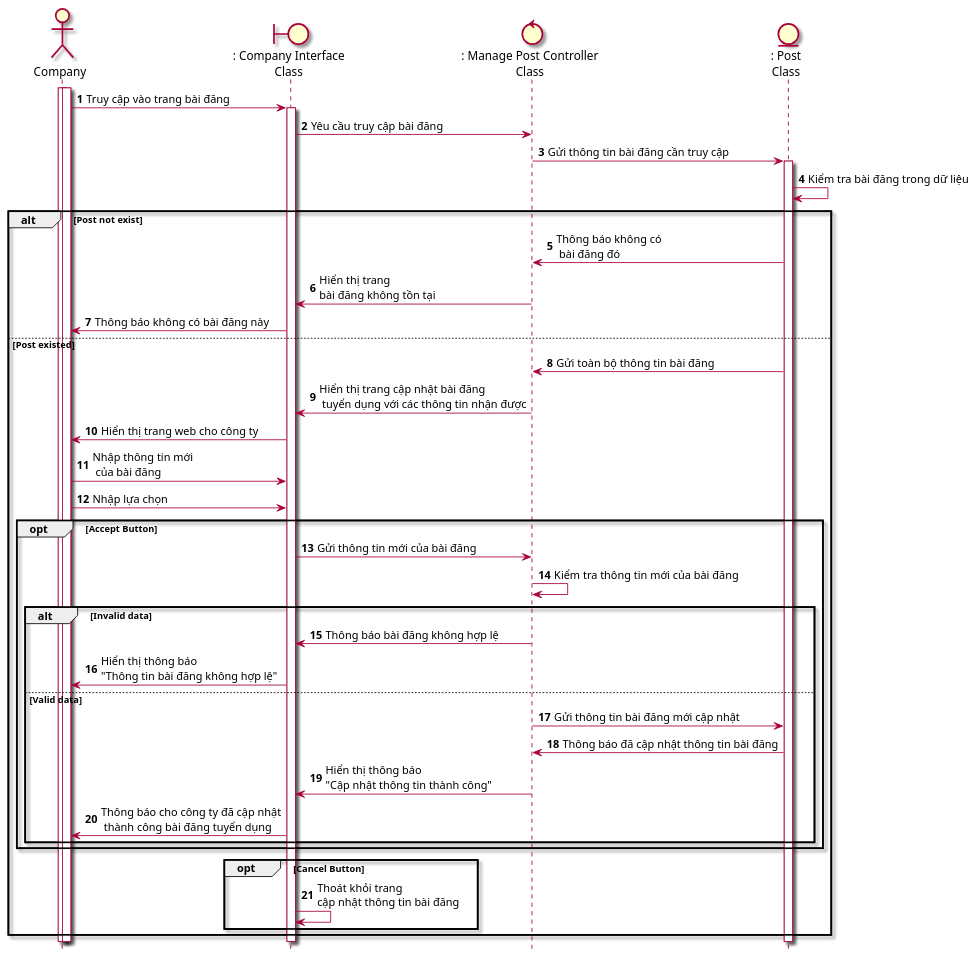
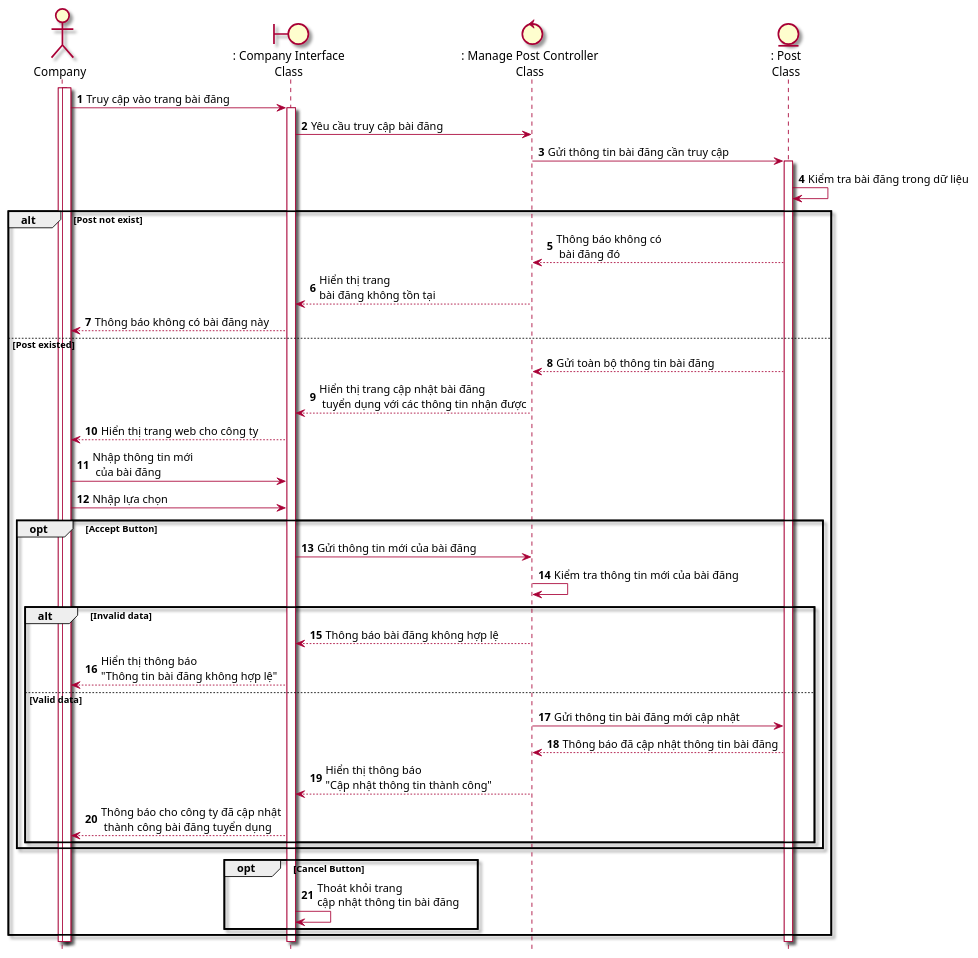
Before and after one commit to Griselda4774/EAS-EmploymentAssistanceSystem: the diagram in Lab1/Lab 1.2 Diagram/Sequence/FilePUML/2.3 SeqCapNhatBaiDangCongTy.puml, drawn with PlantUML. The commit also changed 40 other files, not shown here.

Commit message:
Change Sequence diagram

```diff
--- a/Lab1/Lab 1.2 Diagram/Sequence/FilePUML/2.3 SeqCapNhatBaiDangCongTy.puml
+++ b/Lab1/Lab 1.2 Diagram/Sequence/FilePUML/2.3 SeqCapNhatBaiDangCongTy.puml
@@ -1,44 +1,44 @@
 @startuml SeqCapNhatBaiDang
 skin rose
 hide footbox
 
 actor company as "Company"
 boundary companyInterface as ": Company Interface\nClass"
 entity Post as ": Post\nClass"
 company++
 control postController as ": Manage Post Controller\nClass"
 entity Post as ": Post\nClass"
 autonumber 
 company++
 company -> companyInterface++: Truy cập vào trang bài đăng
 companyInterface-> postController: Yêu cầu truy cập bài đăng
 postController -> Post++:Gửi thông tin bài đăng cần truy cập
 Post -> Post: Kiểm tra bài đăng trong dữ liệu
 alt Post not exist
-    Post-> postController: Thông báo không có\n bài đăng đó
-    postController -> companyInterface: Hiển thị trang \nbài đăng không tồn tại 
-    companyInterface -> company: Thông báo không có bài đăng này
+    Post--> postController: Thông báo không có\n bài đăng đó
+    postController --> companyInterface: Hiển thị trang \nbài đăng không tồn tại 
+    companyInterface --> company: Thông báo không có bài đăng này
 else Post existed
-    Post-> postController: Gửi toàn bộ thông tin bài đăng
-    postController -> companyInterface: Hiển thị trang cập nhật bài đăng\n tuyển dụng với các thông tin nhận được
-    companyInterface -> company: Hiển thị trang web cho công ty
+    Post--> postController: Gửi toàn bộ thông tin bài đăng
+    postController --> companyInterface: Hiển thị trang cập nhật bài đăng\n tuyển dụng với các thông tin nhận được
+    companyInterface --> company: Hiển thị trang web cho công ty
     company-> companyInterface: Nhập thông tin mới\n của bài đăng
     company-> companyInterface: Nhập lựa chọn
     opt Accept Button
     companyInterface->postController: Gửi thông tin mới của bài đăng
     postController->postController: Kiểm tra thông tin mới của bài đăng
     alt Invalid data
-    postController -> companyInterface: Thông báo bài đăng không hợp lệ
-    companyInterface -> company: Hiển thị thông báo \n"Thông tin bài đăng không hợp lệ"
+    postController --> companyInterface: Thông báo bài đăng không hợp lệ
+    companyInterface --> company: Hiển thị thông báo \n"Thông tin bài đăng không hợp lệ"
     else Valid data
     postController -> Post: Gửi thông tin bài đăng mới cập nhật
-    Post -> postController: Thông báo đã cập nhật thông tin bài đăng
-    postController -> companyInterface: Hiển thị thông báo\n"Cập nhật thông tin thành công"
-    companyInterface -> company: Thông báo cho công ty đã cập nhật\n thành công bài đăng tuyển dụng
+    Post --> postController: Thông báo đã cập nhật thông tin bài đăng
+    postController --> companyInterface: Hiển thị thông báo\n"Cập nhật thông tin thành công"
+    companyInterface --> company: Thông báo cho công ty đã cập nhật\n thành công bài đăng tuyển dụng
     end
     end
     opt Cancel Button
     companyInterface -> companyInterface: Thoát khỏi trang \ncập nhật thông tin bài đăng
     end
 end
 @enduml
```
